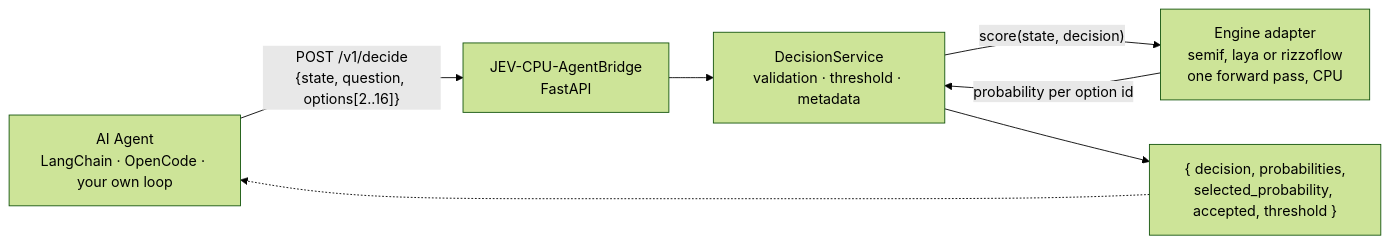
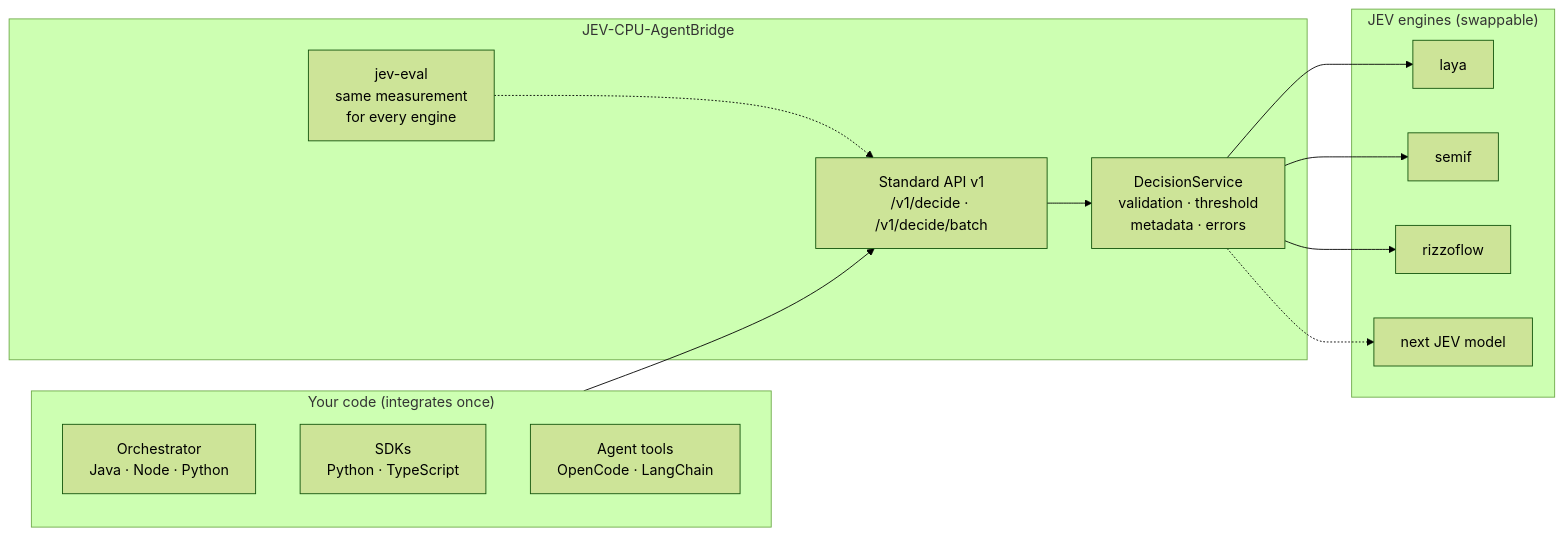
Before and after one commit to GiskardB/jev-agentbridge: the diagram in README.md, drawn with Mermaid (forest theme). The commit also changed other lines of this file and 3 other files, not shown here.

First line of the commit message:
README: present the project as the standardization bridge toward JEV models

````diff
--- a/README.md
+++ b/README.md
@@ -43,15 +37,25 @@
 ```mermaid
 flowchart LR
-    Agent["AI Agent<br/>LangChain · OpenCode · your own loop"]
-    Bridge["JEV-CPU-AgentBridge<br/>FastAPI"]
-    Service["DecisionService<br/>validation · threshold · metadata"]
-    Engine["Engine adapter<br/>semif, laya or rizzoflow<br/>one forward pass, CPU"]
-    Result["{ decision, probabilities,<br/>selected_probability, accepted, threshold }"]
-
-    Agent -- "POST /v1/decide<br/>{state, question, options[2..16]}" --> Bridge
-    Bridge --> Service
-    Service -- "score(state, decision)" --> Engine
-    Engine -- "probability per option id" --> Service
-    Service --> Result
-    Result -.-> Agent
+    subgraph Clients["Your code (integrates once)"]
+        Orch["Orchestrator<br/>Java · Node · Python"]
+        SDK["SDKs<br/>Python · TypeScript"]
+        Tools["Agent tools<br/>OpenCode · LangChain"]
+    end
+    subgraph Bridge["JEV-CPU-AgentBridge"]
+        API["Standard API v1<br/>/v1/decide · /v1/decide/batch"]
+        Core["DecisionService<br/>validation · threshold<br/>metadata · errors"]
+        Eval["jev-eval<br/>same measurement<br/>for every engine"]
+    end
+    subgraph Engines["JEV engines (swappable)"]
+        Laya["laya"]
+        Semif["semif"]
+        Rizzo["rizzoflow"]
+        Next["next JEV model"]
+    end
+    Clients --> API --> Core
+    Core --> Laya
+    Core --> Semif
+    Core --> Rizzo
+    Core -.-> Next
+    Eval -.-> API
 ```
````
